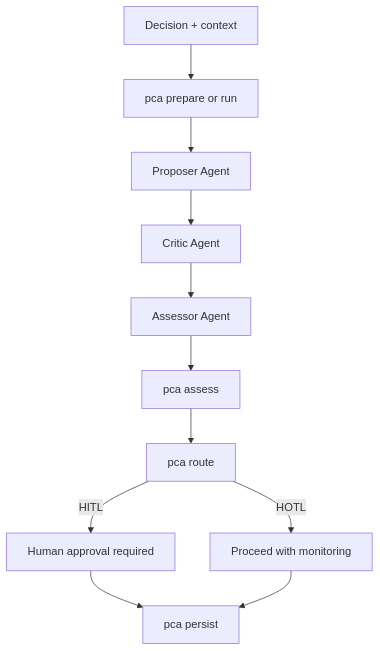
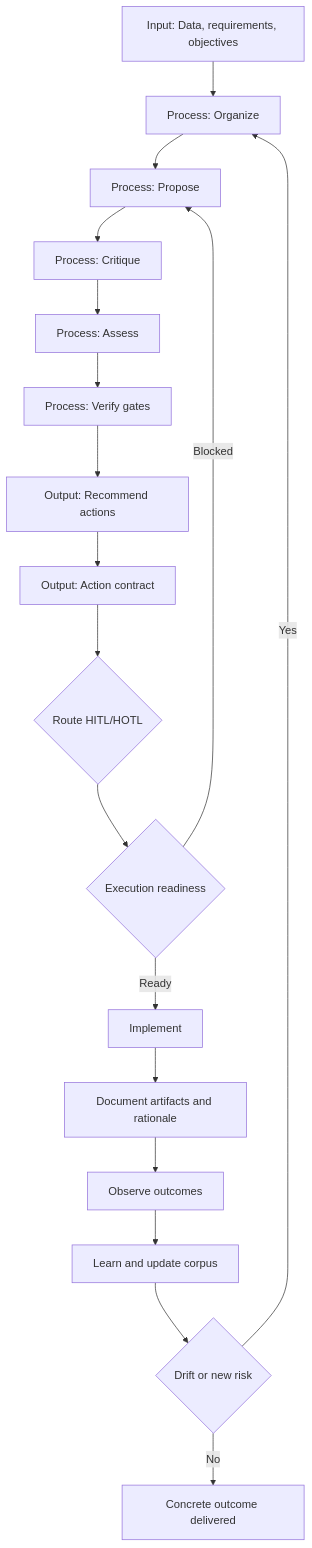
One commit to woonweipong-hub/PCA changed the diagram in docs/USER-GUIDE.md. Above: the diagram before and after it, drawn with Mermaid. The commit also changed other lines of this file and 15 other files, not shown here.

Commit message:
feat: evolve PCA adaptive solver flow and docs

````diff
--- a/docs/USER-GUIDE.md
+++ b/docs/USER-GUIDE.md
@@ -33,13 +35,20 @@
 ```mermaid
 flowchart TD
-	A[Decision + context] --> B[pca prepare or run]
-	B --> C[Proposer Agent]
-	C --> D[Critic Agent]
-	D --> E[Assessor Agent]
-	E --> F[pca assess]
-	F --> G[pca route]
-	G -->|HITL| H[Human approval required]
-	G -->|HOTL| I[Proceed with monitoring]
-	H --> J[pca persist]
-	I --> J[pca persist]
+	A[Input: Data, requirements, objectives] --> B[Process: Organize]
+	B --> C[Process: Propose]
+	C --> D[Process: Critique]
+	D --> E[Process: Assess]
+	E --> F[Process: Verify gates]
+	F --> G[Output: Recommend actions]
+	G --> H[Output: Action contract]
+	H --> I{Route HITL/HOTL}
+	I --> J{Execution readiness}
+	J -->|Ready| K[Implement]
+	J -->|Blocked| C
+	K --> L[Document artifacts and rationale]
+	L --> M[Observe outcomes]
+	M --> N[Learn and update corpus]
+	N --> O{Drift or new risk}
+	O -->|Yes| B
+	O -->|No| P[Concrete outcome delivered]
 ```
````
